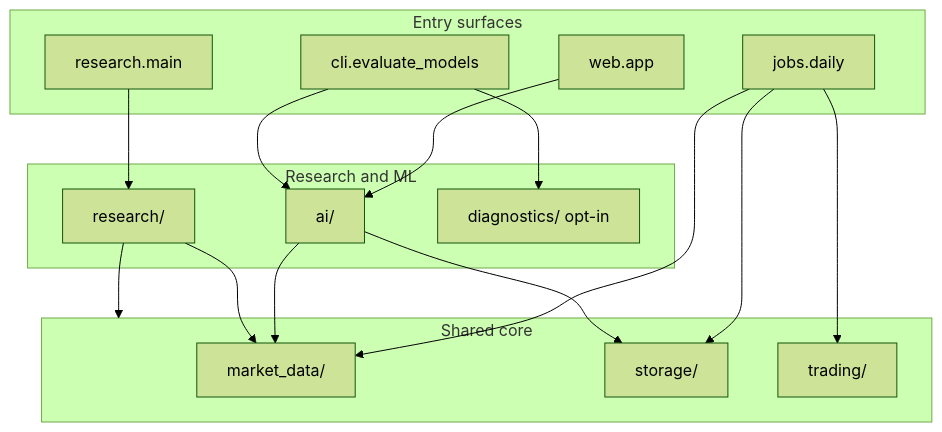
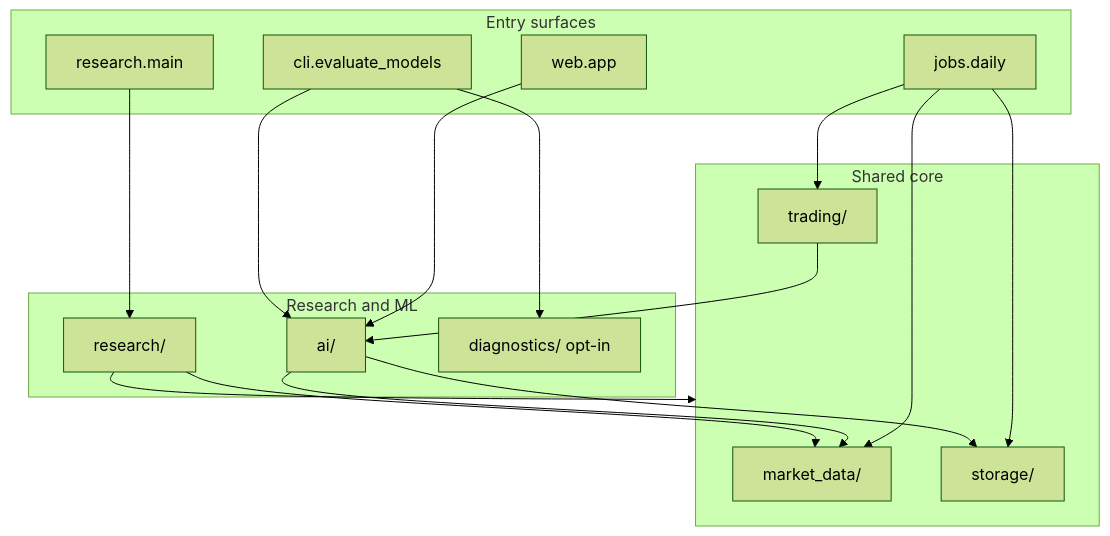
The diagram in docs/architecture.md (trovlunde/stock_analyzer), drawn with Mermaid (forest theme) before and after one commit. The commit also changed other lines of this file and 9 other files, not shown here.

````diff
--- a/docs/architecture.md
+++ b/docs/architecture.md
@@ -17,33 +19,34 @@
 ```mermaid
 flowchart TB
   subgraph surfaces [Entry surfaces]
     CLI["research.main"]
     Web["web.app"]
     Daily["jobs.daily"]
     EvalCLI["cli.evaluate_models"]
   end
 
   subgraph core [Shared core]
     MarketData["market_data/"]
     Storage["storage/"]
     Trading["trading/"]
   end
 
   subgraph research_layer [Research and ML]
     Research["research/"]
     AI["ai/"]
     Diagnostics["diagnostics/ opt-in"]
   end
 
   CLI --> Research
   Research --> core
   Web --> AI
   Daily --> Trading
   Daily --> Storage
   Daily --> MarketData
+  Trading --> AI
   EvalCLI --> AI
   EvalCLI --> Diagnostics
   AI --> MarketData
   AI --> Storage
   Research --> MarketData
 ```
````
